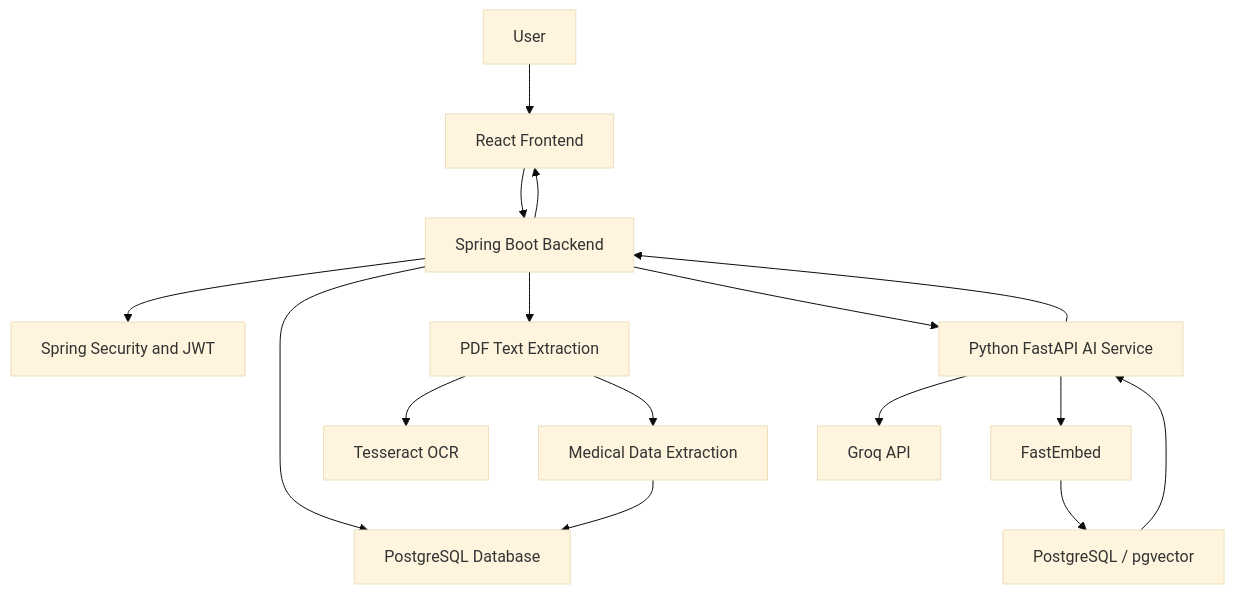
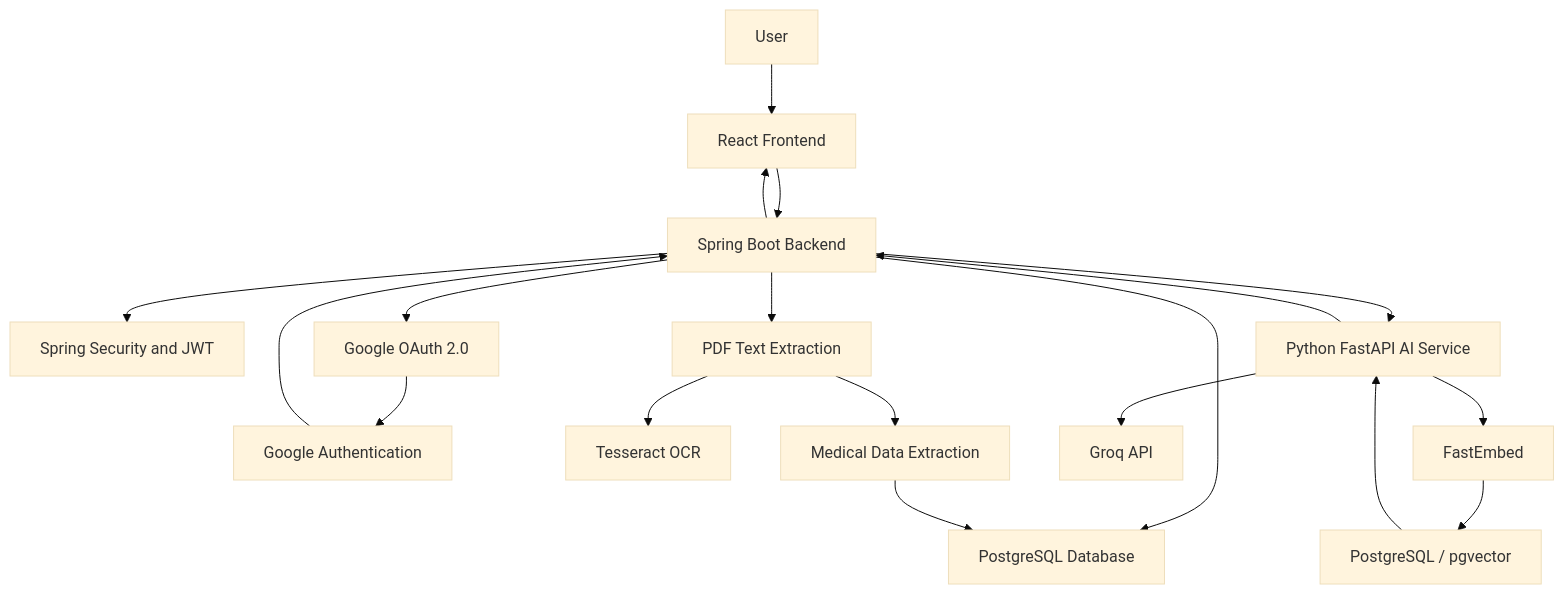
The diagram in README.md (Prashanthbkm/MediLens-AI), drawn with Mermaid (base theme) before and after one commit. The commit also changed other lines of this file, not shown here.

First line of the commit message:
Revise README for clarity and OAuth integration

````diff
--- a/README.md
+++ b/README.md
@@ -68,18 +53,26 @@
-``` mermaid
+```mermaid
 flowchart TD
     A[User] --> B[React Frontend]
     B --> C[Spring Boot Backend]
+
     C --> D[Spring Security and JWT]
-    C --> E[PostgreSQL Database]
-    C --> F[PDF Text Extraction]
-    F --> G[Tesseract OCR]
-    F --> H[Medical Data Extraction]
-    H --> E
-    C --> I[Python FastAPI AI Service]
-    I --> J[Groq API]
-    I --> K[FastEmbed]
-    K --> L[PostgreSQL / pgvector]
-    L --> I
-    I --> C
+    C --> E[Google OAuth 2.0]
+    E --> F[Google Authentication]
+    F --> C
+
+    C --> G[PostgreSQL Database]
+    C --> H[PDF Text Extraction]
+
+    H --> I[Tesseract OCR]
+    H --> J[Medical Data Extraction]
+    J --> G
+
+    C --> K[Python FastAPI AI Service]
+    K --> L[Groq API]
+    K --> M[FastEmbed]
+    M --> N[PostgreSQL / pgvector]
+    N --> K
+
+    K --> C
     C --> B
 ```
````
